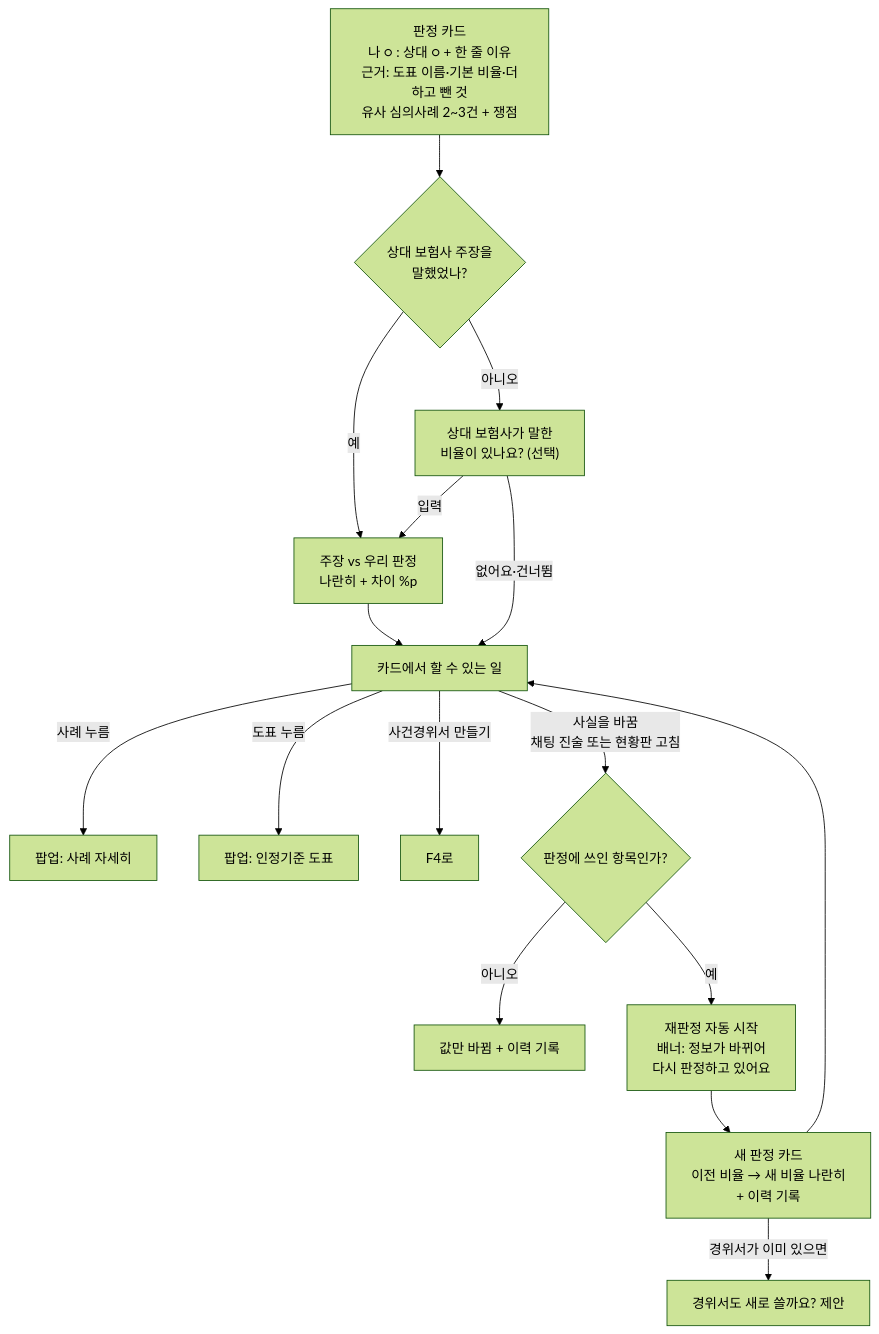
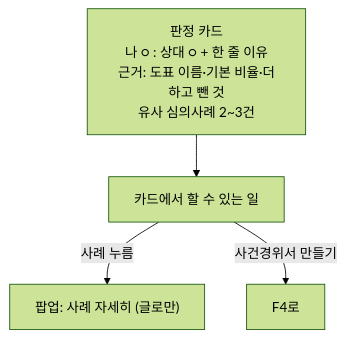
One commit to zinnli/fairway changed the fifth of 8 diagrams in docs/handoff/03_유저플로우.md. Above: the diagram before and after it, drawn with Mermaid (forest theme). The commit also changed other lines of this file and 112 other files, not shown here.

````diff
--- a/docs/handoff/03_유저플로우.md
+++ b/docs/handoff/03_유저플로우.md
@@ -102,18 +95,6 @@
 ```mermaid
 flowchart TD
-  A["판정 카드<br/>나 ○ : 상대 ○ + 한 줄 이유<br/>근거: 도표 이름·기본 비율·더하고 뺀 것<br/>유사 심의사례 2~3건 + 쟁점"] --> B{"상대 보험사 주장을<br/>말했었나?"}
-  B -->|예| C["주장 vs 우리 판정<br/>나란히 + 차이 %p"]
-  B -->|아니오| D["상대 보험사가 말한<br/>비율이 있나요? (선택)"]
-  D -->|입력| C
-  D -->|없어요·건너뜀| E
-  C --> E["카드에서 할 수 있는 일"]
-  E -->|사례 누름| F["팝업: 사례 자세히"]
-  E -->|도표 누름| G["팝업: 인정기준 도표"]
+  A["판정 카드<br/>나 ○ : 상대 ○ + 한 줄 이유<br/>근거: 도표 이름·기본 비율·더하고 뺀 것<br/>유사 심의사례 2~3건"] --> E["카드에서 할 수 있는 일"]
+  E -->|사례 누름| F["팝업: 사례 자세히 (글로만)"]
   E -->|사건경위서 만들기| H["F4로"]
-  E -->|사실을 바꿈<br/>채팅 진술 또는 현황판 고침| I{"판정에 쓰인 항목인가?"}
-  I -->|아니오| J["값만 바뀜 + 이력 기록"]
-  I -->|예| K["재판정 자동 시작<br/>배너: 정보가 바뀌어<br/>다시 판정하고 있어요"]
-  K --> L["새 판정 카드<br/>이전 비율 → 새 비율 나란히<br/>+ 이력 기록"]
-  L -->|경위서가 이미 있으면| M["경위서도 새로 쓸까요? 제안"]
-  L --> E
 ```
````
